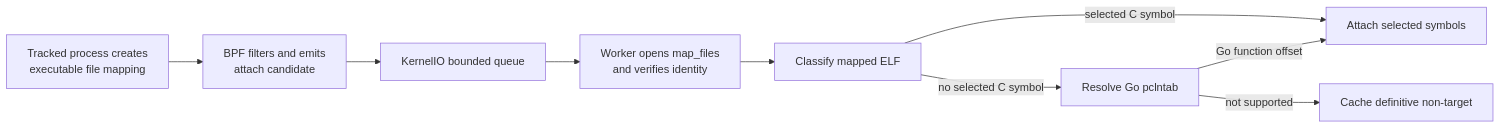
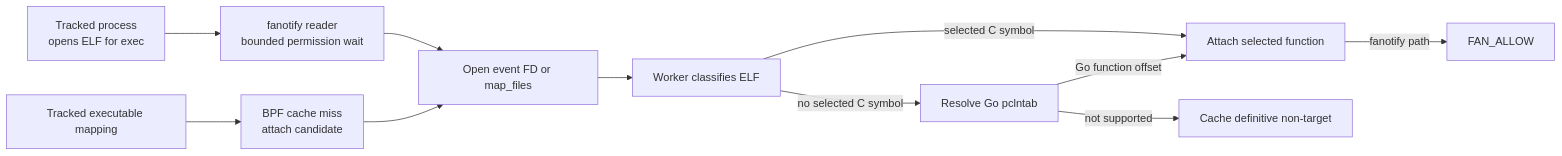
The second of 4 diagrams in docs/developer-guide/ebpf/http-uprobes.md (cicd-sensor/cicd-sensor), drawn with Mermaid before and after one commit. The commit also changed other lines of this file and 22 other files, not shown here.

````diff
--- a/docs/developer-guide/ebpf/http-uprobes.md
+++ b/docs/developer-guide/ebpf/http-uprobes.md
@@ -139,17 +153,21 @@
 ```mermaid
 flowchart LR
-    MAP["Tracked process creates<br/>executable file mapping"]
-    BPF["BPF filters and emits<br/>attach candidate"]
-    QUEUE["KernelIO bounded queue"]
-    OPEN["Worker opens map_files<br/>and verifies identity"]
-    ELF["Classify mapped ELF"]
+    EXEC["Tracked process<br/>opens ELF for exec"]
+    FAN["fanotify reader<br/>bounded permission wait"]
+    MAP["Tracked executable mapping"]
+    BPF["BPF cache miss<br/>attach candidate"]
+    OPEN["Open event FD or map_files"]
+    ELF["Worker classifies ELF"]
     GO["Resolve Go pclntab"]
-    ATTACH["Attach selected symbols"]
+    ATTACH["Attach selected function"]
     CACHE["Cache definitive non-target"]
 
-    MAP --> BPF --> QUEUE --> OPEN --> ELF
+    EXEC --> FAN --> OPEN
+    MAP --> BPF --> OPEN
+    OPEN --> ELF
     ELF -->|"selected C symbol"| ATTACH
     ELF -->|"no selected C symbol"| GO
     GO -->|"Go function offset"| ATTACH
     GO -->|"not supported"| CACHE
+    ATTACH -->|"fanotify path"| ALLOW["FAN_ALLOW"]
 ```
````
